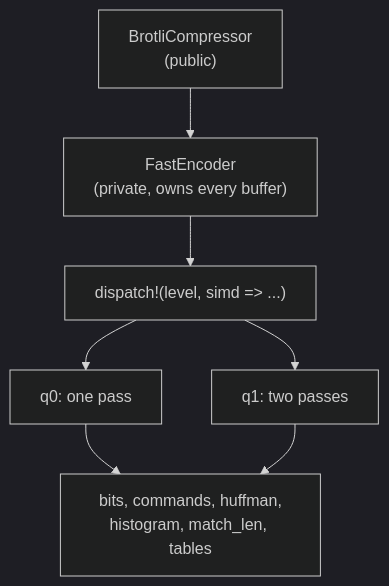
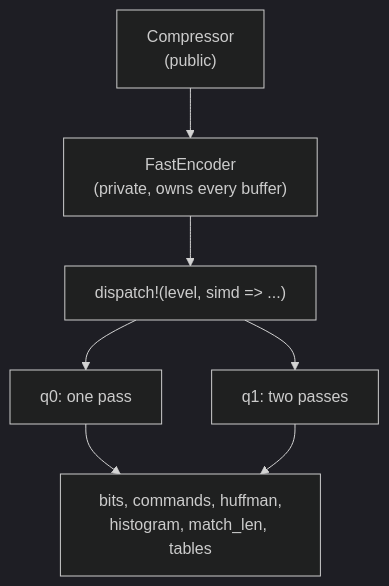
The first of 4 diagrams in docs/q0_q1_design.md (Mnwa/mbrotli), drawn with Mermaid (dark theme) before and after one commit. The commit also changed other lines of this file and 20 other files, not shown here.

````diff
--- a/docs/q0_q1_design.md
+++ b/docs/q0_q1_design.md
@@ -12,16 +12,16 @@
 ```mermaid
 graph TD
-    api["BrotliCompressor<br/>(public)"]
+    api["Compressor<br/>(public)"]
     enc["FastEncoder<br/>(private, owns every buffer)"]
     disp["dispatch!(level, simd => ...)"]
     q0["q0: one pass"]
     q1["q1: two passes"]
     prim["bits, commands, huffman,<br/>histogram, match_len, tables"]
 
     api --> enc
     enc --> disp
     disp --> q0
     disp --> q1
     q0 --> prim
     q1 --> prim
 ```
````
